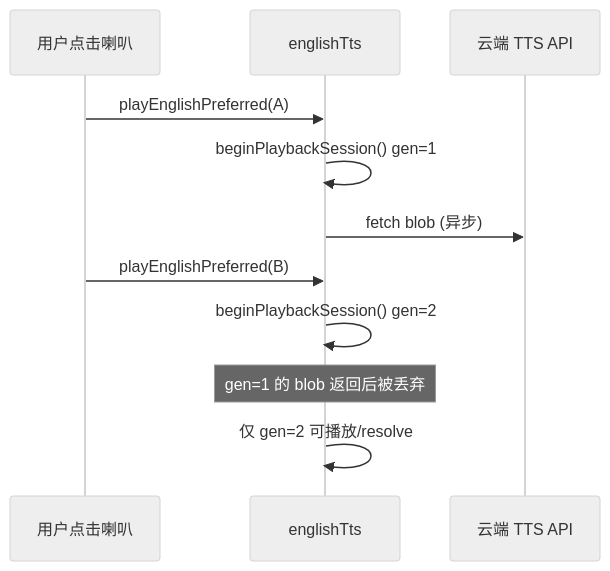
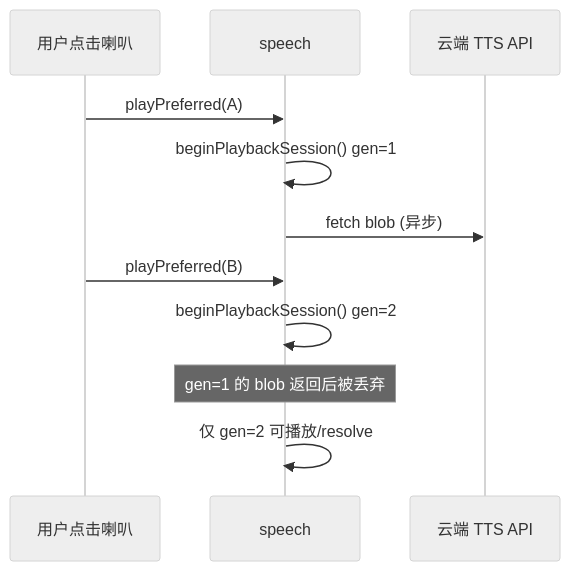
Before and after one commit to dnhyxc/dnhyxc-ai: the diagram in docs/english/english-tts-playback.md, drawn with Mermaid (neutral theme). The commit also changed other lines of this file and 111 other files, not shown here.

````diff
--- a/docs/english/english-tts-playback.md
+++ b/docs/english/english-tts-playback.md
@@ -49,14 +49,14 @@
 ```mermaid
 sequenceDiagram
   participant UI as 用户点击喇叭
-  participant TTS as englishTts
+  participant TTS as speech
   participant Cloud as 云端 TTS API
 
-  UI->>TTS: playEnglishPreferred(A)
+  UI->>TTS: playPreferred(A)
   TTS->>TTS: beginPlaybackSession() gen=1
   TTS->>Cloud: fetch blob (异步)
-  UI->>TTS: playEnglishPreferred(B)
+  UI->>TTS: playPreferred(B)
   TTS->>TTS: beginPlaybackSession() gen=2
   Note over TTS: gen=1 的 blob 返回后被丢弃
   TTS->>TTS: 仅 gen=2 可播放/resolve
 ```
````
